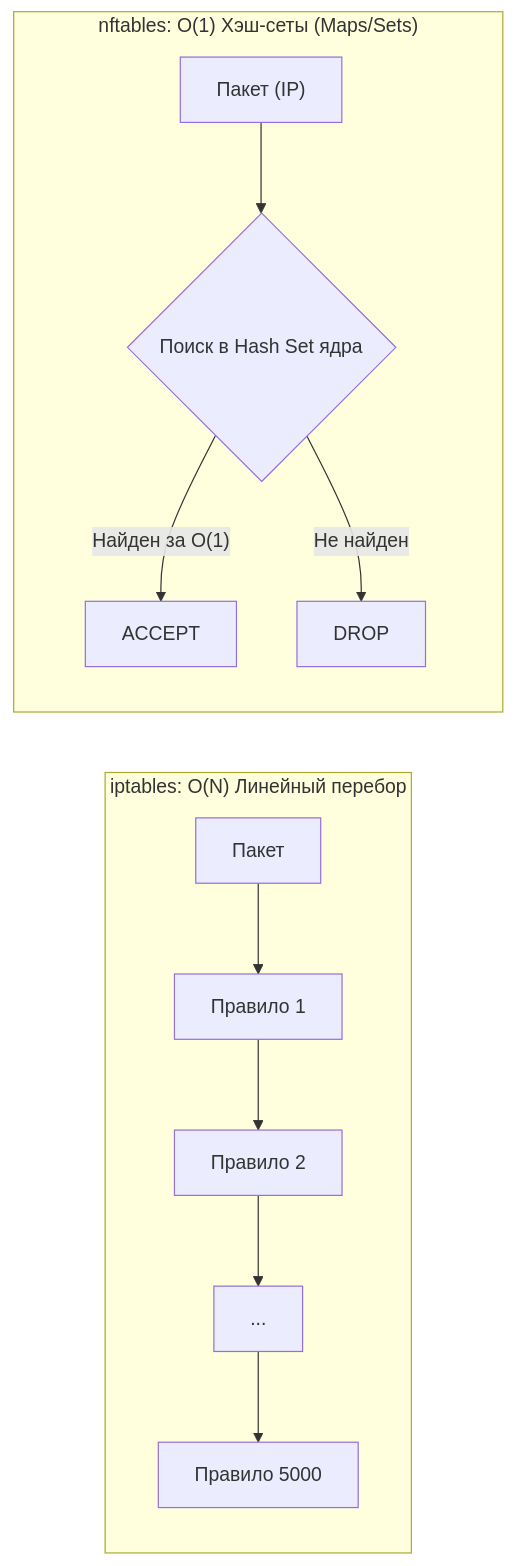
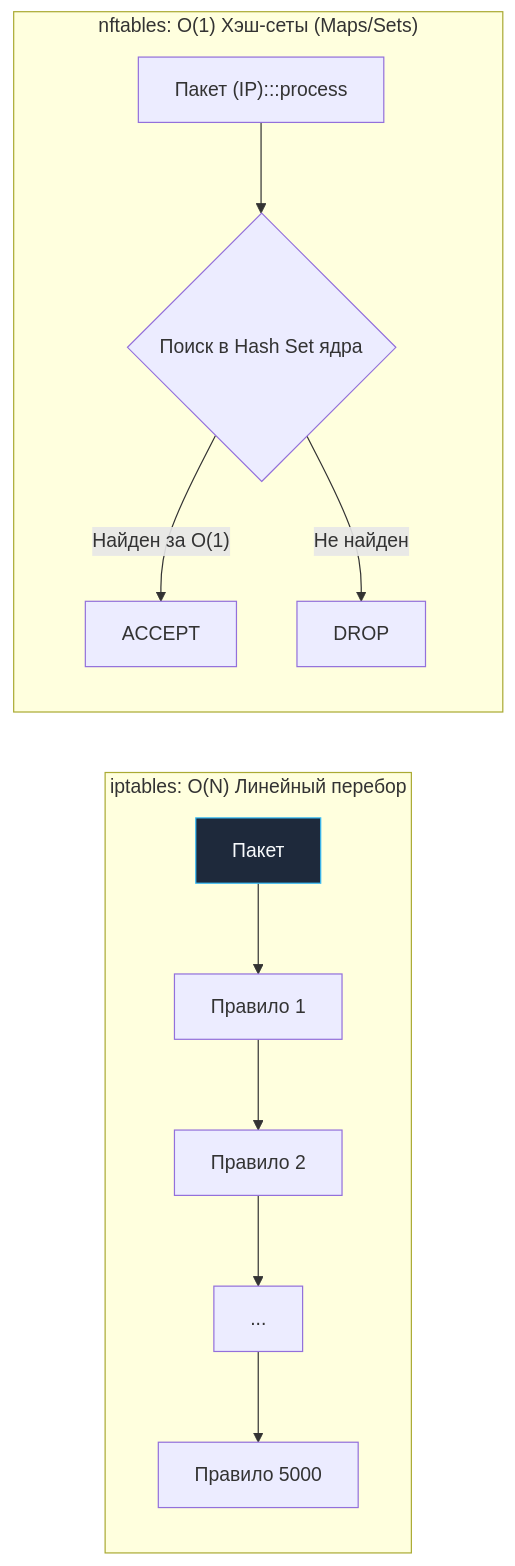
One commit to UnrealTemplier/go-textbook changed the second of 3 diagrams in sources/3. Компьютерные сети и сетевой стек/32. Firewall, iptables, nftables и базовая фильтрация трафика.md. Above: the diagram before and after it, drawn with Mermaid. The commit also changed other lines of this file and 1666 other files, not shown here.

First line of the commit message:
feat(mermaid): add semantic color classDef to 1369 colorless flowchart/graph diagrams

````diff
--- a/sources/3. Компьютерные сети и сетевой стек/32. Firewall, iptables, nftables и базовая фильтрация трафика.md
+++ b/sources/3. Компьютерные сети и сетевой стек/32. Firewall, iptables, nftables и базовая фильтрация трафика.md
@@ -75,12 +85,22 @@
 ```mermaid
 flowchart LR
+    classDef process  fill:#1e293b,stroke:#38bdf8,stroke-width:1px,color:#f8fafc
+    classDef success  fill:#064e3b,stroke:#34d399,stroke-width:1px,color:#f8fafc
+    classDef error    fill:#7f1d1d,stroke:#f87171,stroke-width:1px,color:#f8fafc
+    classDef warning  fill:#78350f,stroke:#fbbf24,stroke-width:1px,color:#f8fafc
+    classDef entry    fill:#1e3a5f,stroke:#38bdf8,stroke-width:2px,color:#f8fafc
+    classDef aux      fill:#334155,stroke:#64748b,stroke-width:1px,color:#f8fafc
+    classDef system   fill:#312e81,stroke:#a78bfa,stroke-width:1px,color:#f8fafc
+    classDef data     fill:#132d29,stroke:#2dd4bf,stroke-width:1px,color:#f8fafc
+    classDef network  fill:#881337,stroke:#fb7185,stroke-width:1px,color:#f8fafc
+    classDef accent   fill:#1e1b4b,stroke:#818cf8,stroke-width:1px,color:#f8fafc
     subgraph OldIPTables ["iptables: O(N) Линейный перебор"]
-        P1["Пакет"] --> R1["Правило 1"] --> R2["Правило 2"] --> R3["..."] --> RN["Правило 5000"]
+        P1["Пакет"]:::process --> R1["Правило 1"] --> R2["Правило 2"] --> R3["..."] --> RN["Правило 5000"]
     end
 
     subgraph NewNFTables ["nftables: O(1) Хэш-сеты (Maps/Sets)"]
-        P2["Пакет (IP)"] --> HSet{"Поиск в Hash Set ядра"}
+        P2["Пакет (IP):::process"] --> HSet{"Поиск в Hash Set ядра"}
         HSet -- "Найден за O(1)" --> Acc["ACCEPT"]
         HSet -- "Не найден" --> Drp["DROP"]
     end
 ```
````
